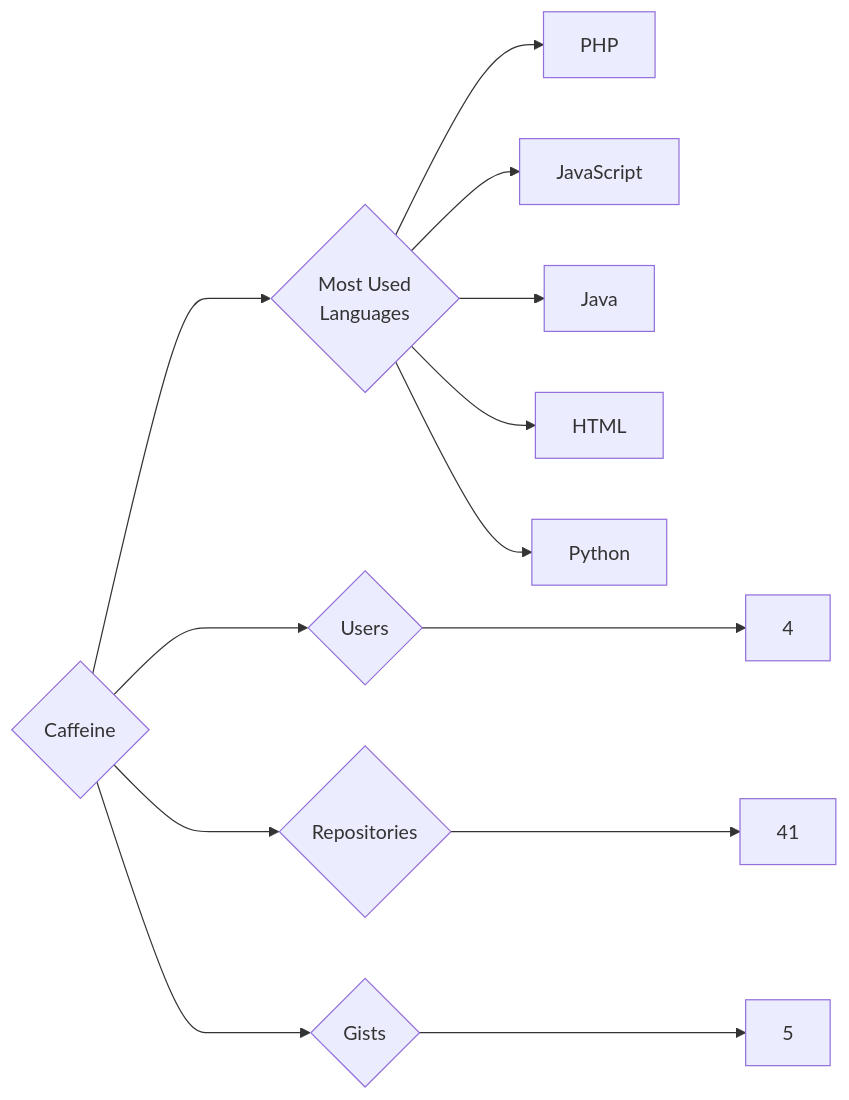
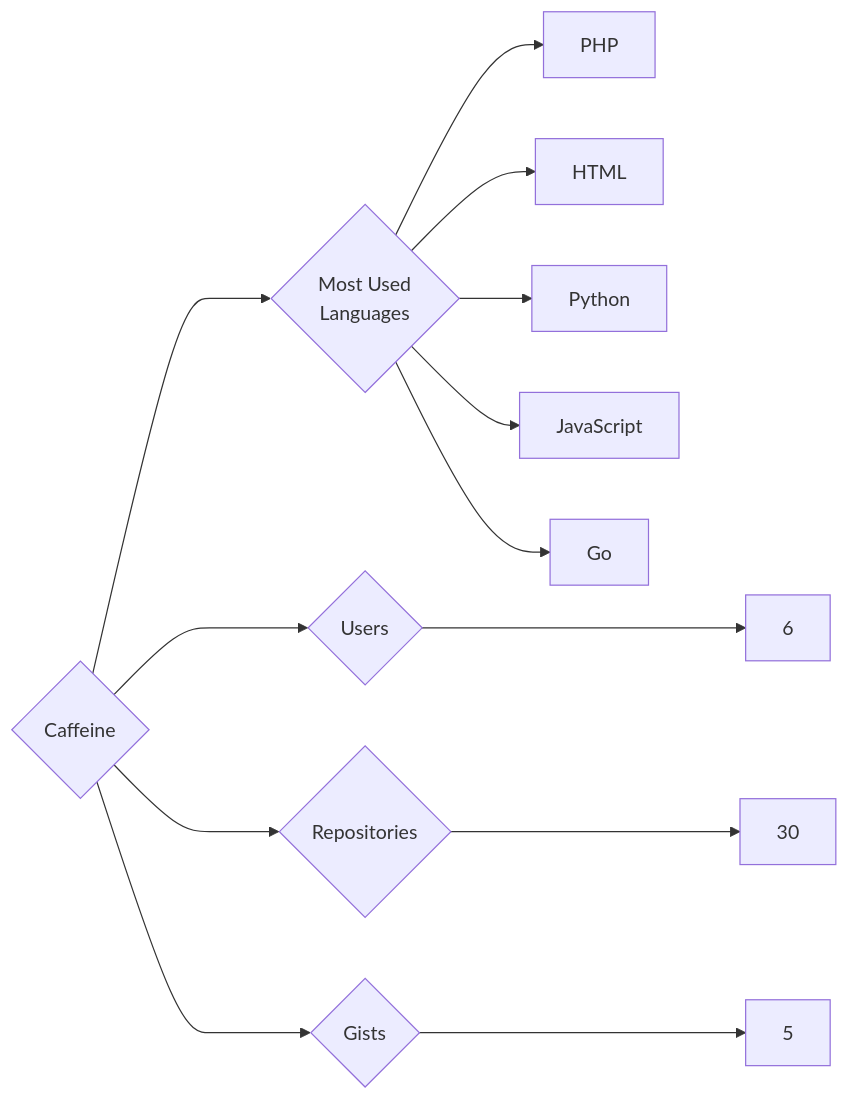
One commit to trickest/insiders changed the diagram in targets/Caffeine/README.md. Above: the diagram before and after it, drawn with Mermaid. The commit also changed 924 other files, not shown here.

````diff
--- a/targets/Caffeine/README.md
+++ b/targets/Caffeine/README.md
@@ -3,13 +3,13 @@
 ```mermaid
 graph LR
 COMPANY_NAME{Caffeine}
-COMPANY_NAME ---> U{Users} ---> UN[4]
-COMPANY_NAME ---> R{Repositories} ---> RN[41]
+COMPANY_NAME ---> U{Users} ---> UN[6]
+COMPANY_NAME ---> R{Repositories} ---> RN[30]
 COMPANY_NAME ---> G{Gists} ---> GN[5]
 COMPANY_NAME ---> ML{Most Used<br>Languages}
 ML --> PHP[PHP]
-ML --> JavaScript[JavaScript]
-ML --> Java[Java]
 ML --> HTML[HTML]
 ML --> Python[Python]
+ML --> JavaScript[JavaScript]
+ML --> Go[Go]
 ```
````
